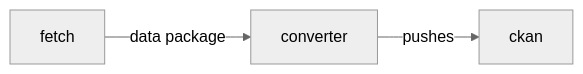
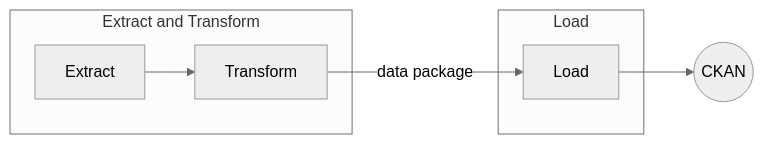
Before and after one commit to datopian/tech.datopian.com: the first of 5 diagrams in harvesting/README.md, drawn with Mermaid (neutral theme). The commit also changed other lines of this file, not shown here.

````diff
--- a/harvesting/README.md
+++ b/harvesting/README.md
@@ -105,6 +127,13 @@
 ```mermaid
 graph LR
 
-fetch --data package--> converter
-converter --pushes--> ckan
+subgraph "Extract and Transform"
+  extract[Extract] --> transform[Transform]
+end
+
+subgraph "Load"
+  transform --data package--> load[Load]
+end
+
+load --> ckan((CKAN))
 ```
````
